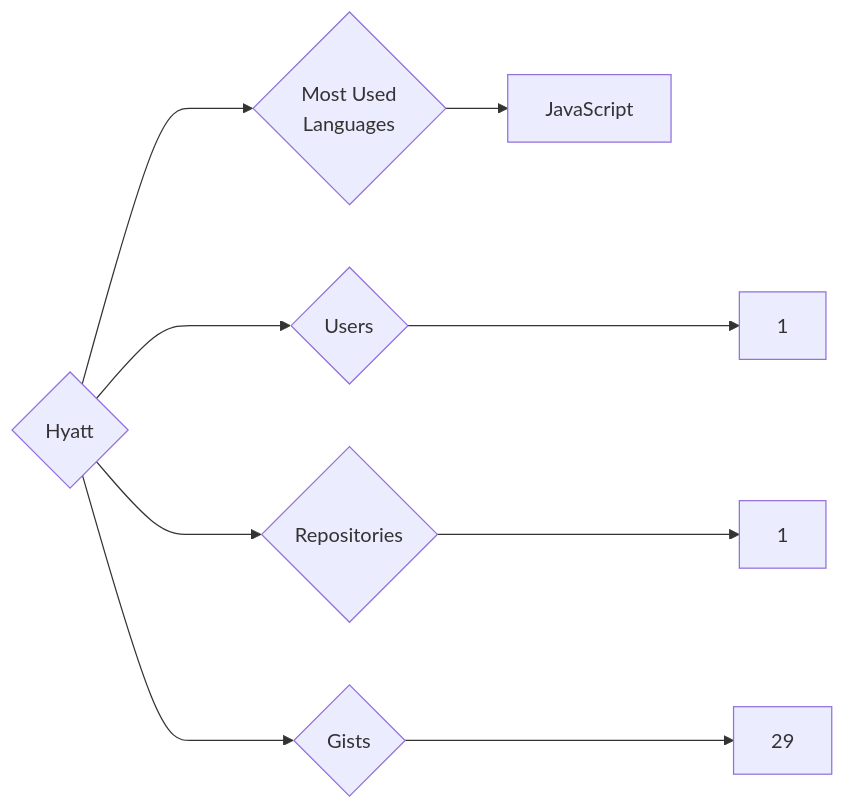
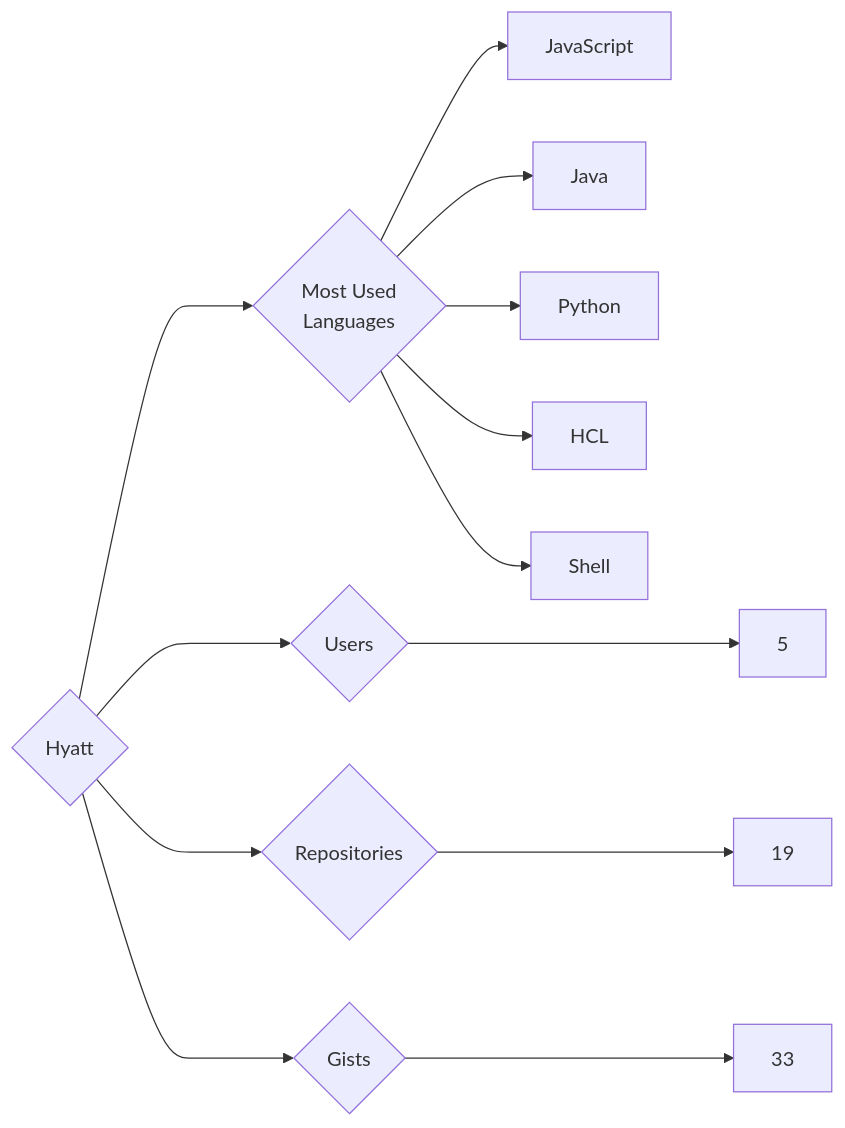
Before and after one commit to trickest/insiders: the diagram in targets/Hyatt/README.md, drawn with Mermaid. The commit also changed 1149 other files, not shown here.

````diff
--- a/targets/Hyatt/README.md
+++ b/targets/Hyatt/README.md
@@ -3,9 +3,13 @@
 ```mermaid
 graph LR
 COMPANY_NAME{Hyatt}
-COMPANY_NAME ---> U{Users} ---> UN[1]
-COMPANY_NAME ---> R{Repositories} ---> RN[1]
-COMPANY_NAME ---> G{Gists} ---> GN[29]
+COMPANY_NAME ---> U{Users} ---> UN[5]
+COMPANY_NAME ---> R{Repositories} ---> RN[19]
+COMPANY_NAME ---> G{Gists} ---> GN[33]
 COMPANY_NAME ---> ML{Most Used<br>Languages}
 ML --> JavaScript[JavaScript]
+ML --> Java[Java]
+ML --> Python[Python]
+ML --> HCL[HCL]
+ML --> Shell[Shell]
 ```
````
